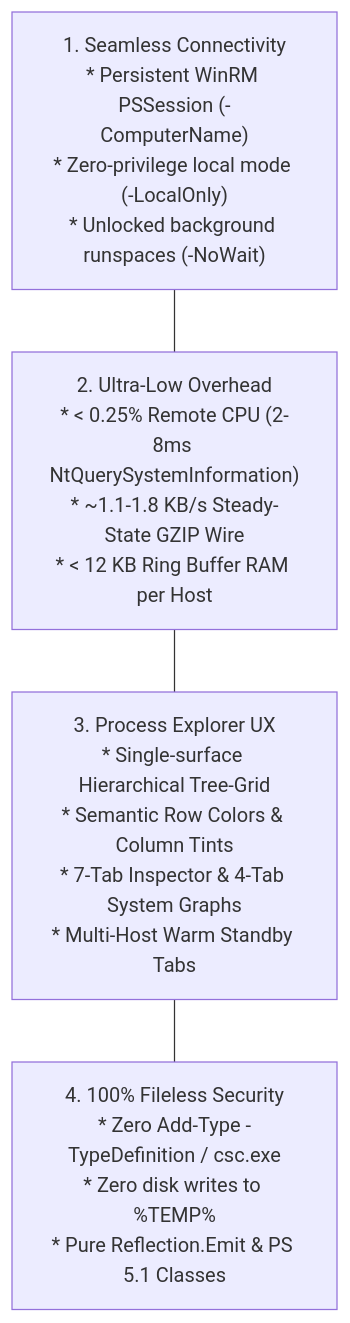
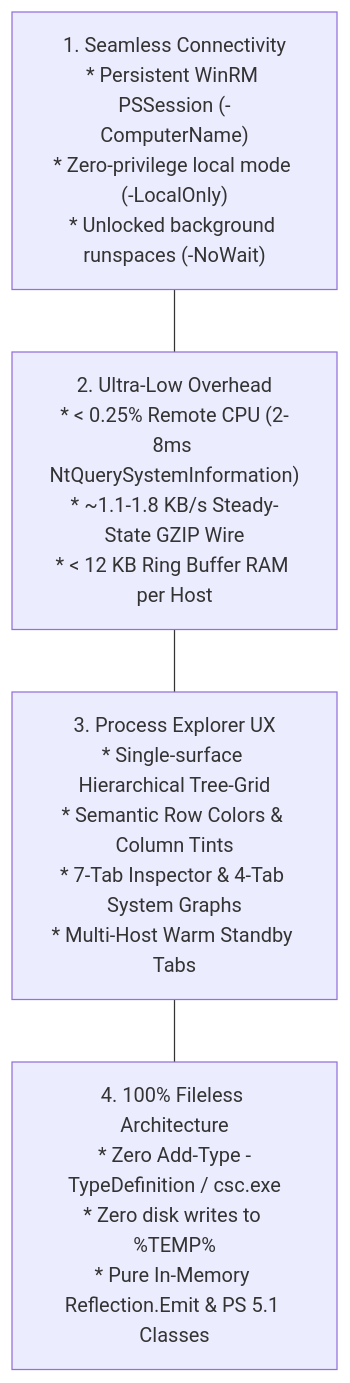
The diagram in PRODUCT.md (exh555/PSRPM), drawn with Mermaid before and after one commit. The commit also changed other lines of this file and 13 other files, not shown here.

````diff
--- a/PRODUCT.md
+++ b/PRODUCT.md
@@ -37,9 +37,9 @@
 ```mermaid
 flowchart TD
     P1["1. Seamless Connectivity<br/>* Persistent WinRM PSSession (-ComputerName)<br/>* Zero-privilege local mode (-LocalOnly)<br/>* Unlocked background runspaces (-NoWait)"]
     P2["2. Ultra-Low Overhead<br/>* < 0.25% Remote CPU (2-8ms NtQuerySystemInformation)<br/>* ~1.1-1.8 KB/s Steady-State GZIP Wire<br/>* < 12 KB Ring Buffer RAM per Host"]
     P3["3. Process Explorer UX<br/>* Single-surface Hierarchical Tree-Grid<br/>* Semantic Row Colors & Column Tints<br/>* 7-Tab Inspector & 4-Tab System Graphs<br/>* Multi-Host Warm Standby Tabs"]
-    P4["4. 100% Fileless Security<br/>* Zero Add-Type -TypeDefinition / csc.exe<br/>* Zero disk writes to %TEMP%<br/>* Pure Reflection.Emit & PS 5.1 Classes"]
+    P4["4. 100% Fileless Architecture<br/>* Zero Add-Type -TypeDefinition / csc.exe<br/>* Zero disk writes to %TEMP%<br/>* Pure In-Memory Reflection.Emit & PS 5.1 Classes"]
 
     P1 --- P2 --- P3 --- P4
 ```
````
